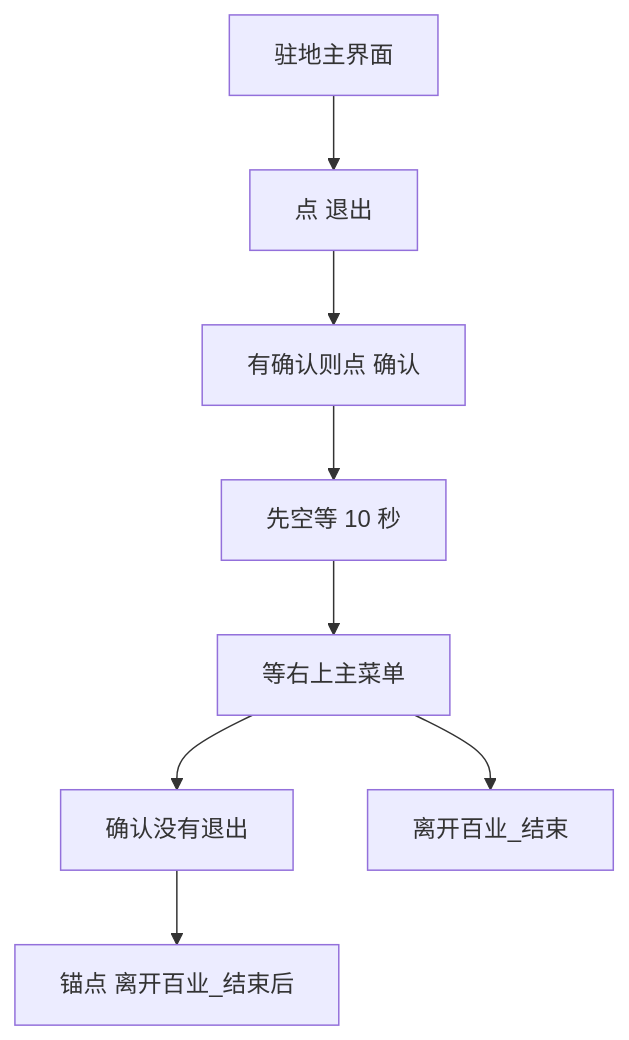
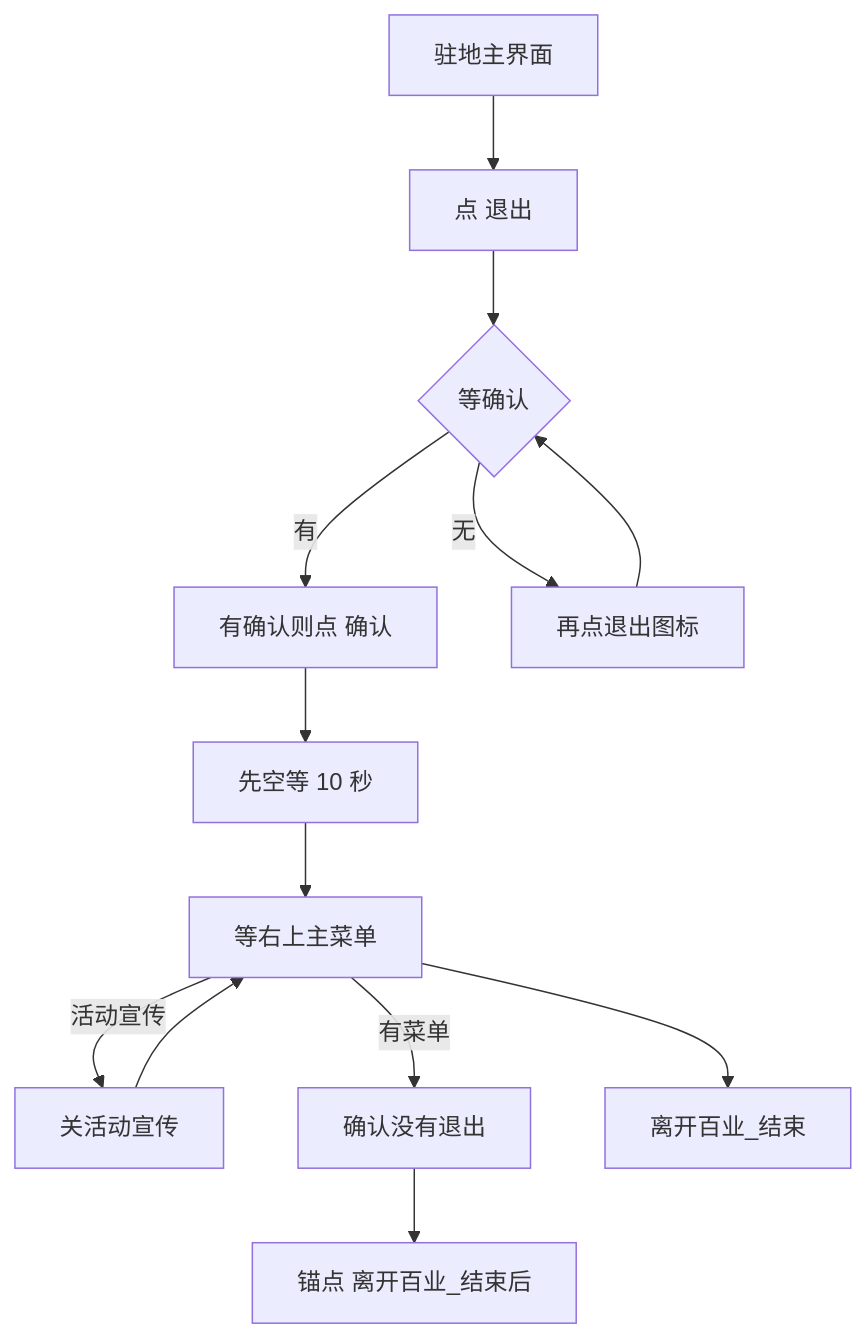
Before and after one commit to 82488059/MAAJN: the diagram in docs/zh_cn/离开百业.md, drawn with Mermaid. The commit also changed other lines of this file and 18 other files, not shown here.

````diff
--- a/docs/zh_cn/离开百业.md
+++ b/docs/zh_cn/离开百业.md
@@ -21,13 +23,18 @@
 ```mermaid
 flowchart TD
   stay["驻地主界面"]
   exit["点 退出"]
   ok["有确认则点 确认"]
   pause["先空等 10 秒"]
   wait["等右上主菜单"]
+  ad["关活动宣传"]
   gone["确认没有退出"]
   anchor["锚点 离开百业_结束后"]
   stop["离开百业_结束"]
-  stay --> exit --> ok --> pause --> wait --> gone --> anchor
+  stay --> exit --> waitOk{"等确认"}
+  waitOk -->|有| ok --> pause --> wait
+  waitOk -->|无| retry["再点退出图标"] --> waitOk
+  wait -->|有菜单| gone --> anchor
+  wait -->|活动宣传| ad --> wait
   wait --> stop
 ```
````
